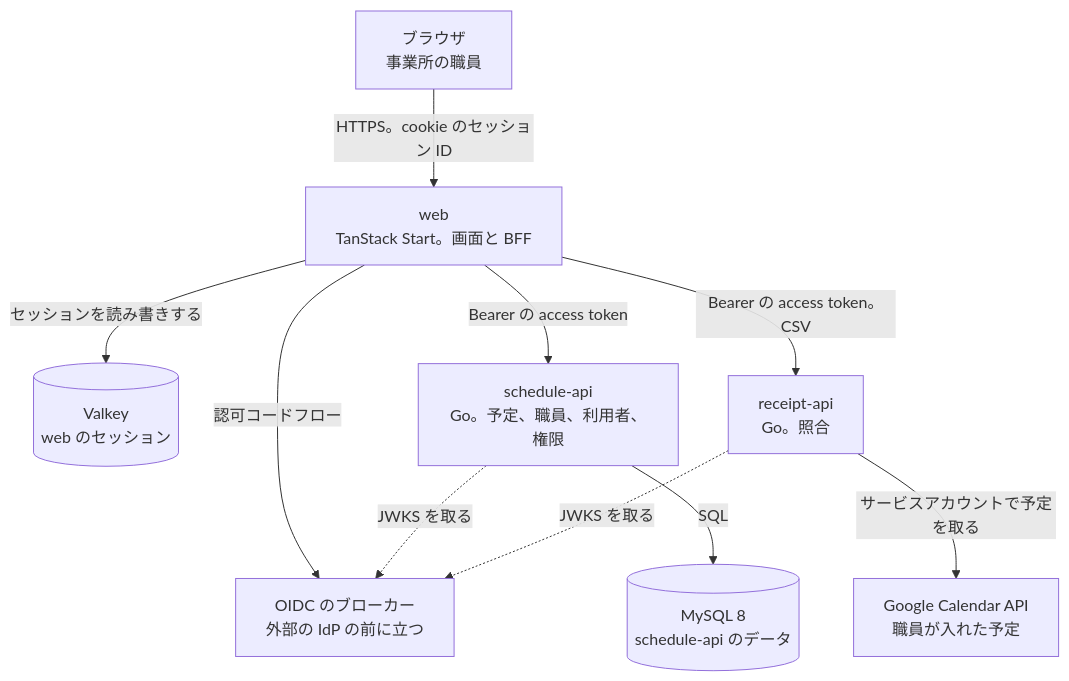
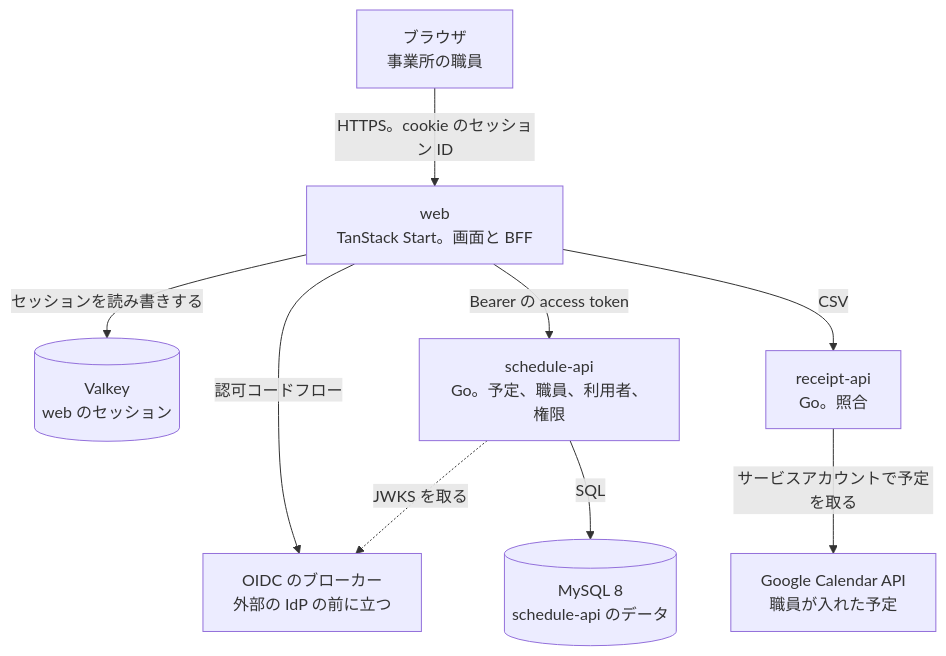
The diagram in docs/design/DesignDoc.md (Fukuemon/buddy), drawn with Mermaid before and after one commit. The commit also changed other lines of this file, not shown here.

````diff
--- a/docs/design/DesignDoc.md
+++ b/docs/design/DesignDoc.md
@@ -46,21 +46,20 @@
 ```mermaid
 flowchart TB
   browser["ブラウザ<br/>事業所の職員"]
   web["web<br/>TanStack Start。画面と BFF"]
   valkey[("Valkey<br/>web のセッション")]
   broker["OIDC のブローカー<br/>外部の IdP の前に立つ"]
   schedule["schedule-api<br/>Go。予定、職員、利用者、権限"]
   receipt["receipt-api<br/>Go。照合"]
   mysql[("MySQL 8<br/>schedule-api のデータ")]
   gcal["Google Calendar API<br/>職員が入れた予定"]
 
   browser -- "HTTPS。cookie のセッション ID" --> web
   web -- "認可コードフロー" --> broker
   web -- "セッションを読み書きする" --> valkey
   web -- "Bearer の access token" --> schedule
-  web -- "Bearer の access token。CSV" --> receipt
+  web -- "CSV" --> receipt
   receipt -- "サービスアカウントで予定を取る" --> gcal
   schedule -- "SQL" --> mysql
   schedule -. "JWKS を取る" .-> broker
-  receipt -. "JWKS を取る" .-> broker
 ```
````
